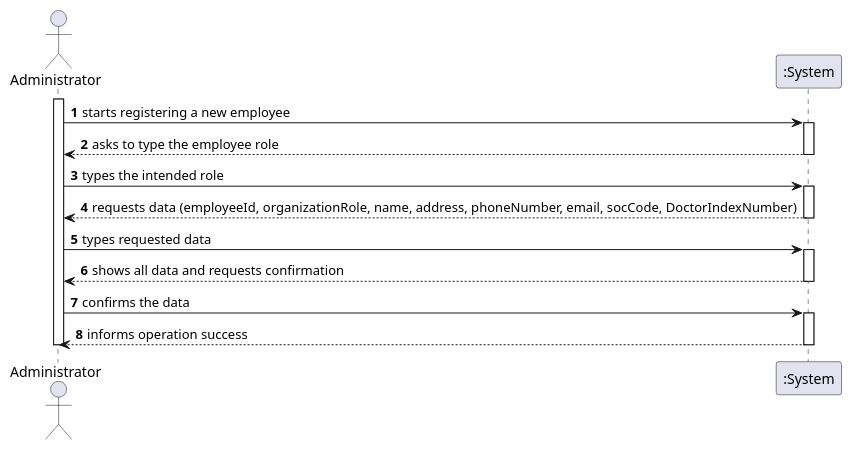
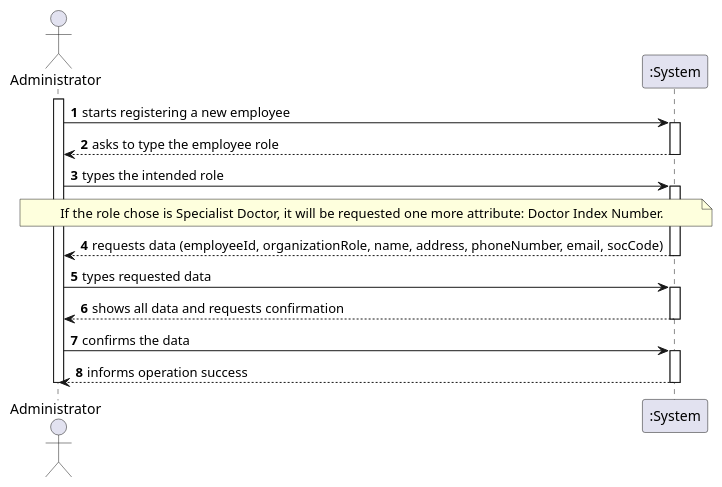
One commit to ana-albergaria/LAPR2-ISEP changed the diagram in docs/SprintB/US_7/US7_SSD.puml. Above: the diagram before and after it, drawn with PlantUML. The commit also changed 8 other files, not shown here.

```diff
--- a/docs/SprintB/US_7/US7_SSD.puml
+++ b/docs/SprintB/US_7/US7_SSD.puml
@@ -1,29 +1,32 @@
 @startuml
 autonumber
 actor Administrator as A
 
 activate A
 A -> ":System" : starts registering a new employee
 activate ":System"
 ":System" --> A : asks to type the employee role
 deactivate ":System"
 
 A -> ":System" : types the intended role
 activate ":System"
 
-":System" --> A : requests data (employeeId, organizationRole, name, address, phoneNumber, email, socCode, DoctorIndexNumber)
+note over A, ":System"
+If the role chose is Specialist Doctor, it will be requested one more attribute: Doctor Index Number.
+end note
+":System" --> A : requests data (employeeId, organizationRole, name, address, phoneNumber, email, socCode)
 deactivate ":System"
 
 A -> ":System" : types requested data
 activate ":System"
 ":System" --> A : shows all data and requests confirmation
 deactivate ":System"
 
 A -> ":System" : confirms the data
 activate ":System"
 ":System" --> A : informs operation success
 deactivate ":System"
 
 deactivate A
 
 @enduml
```
